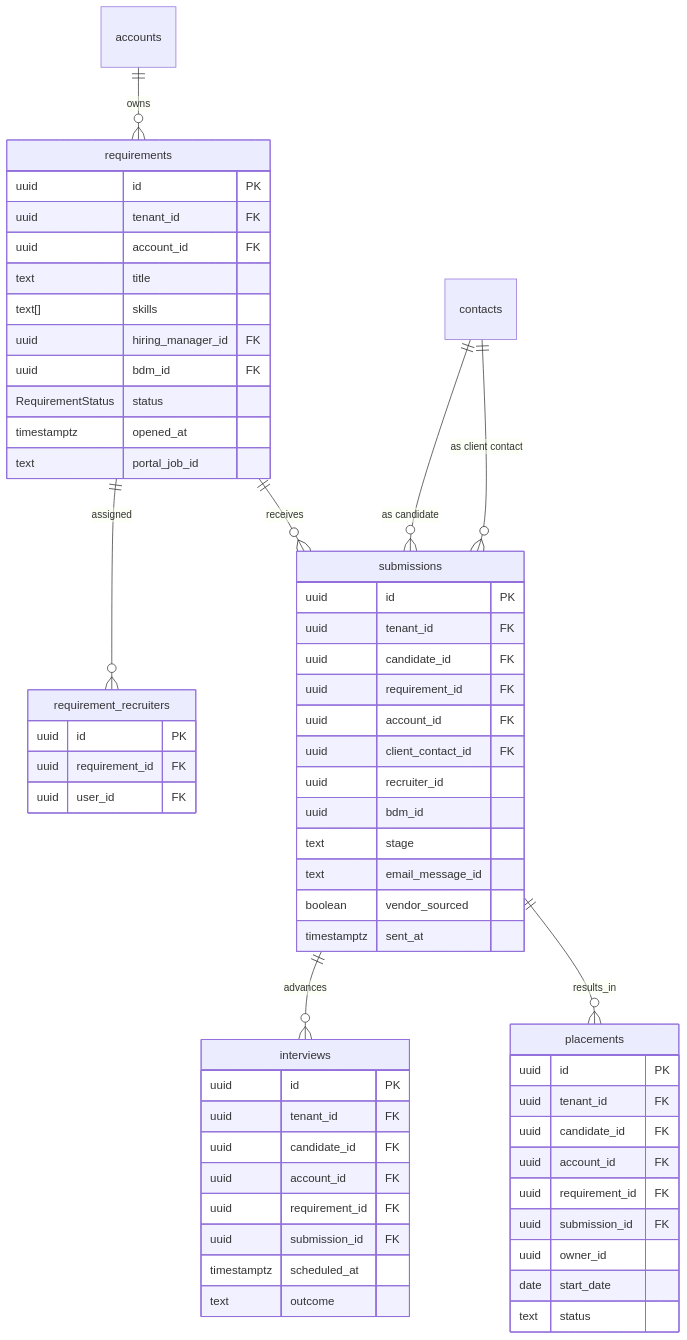
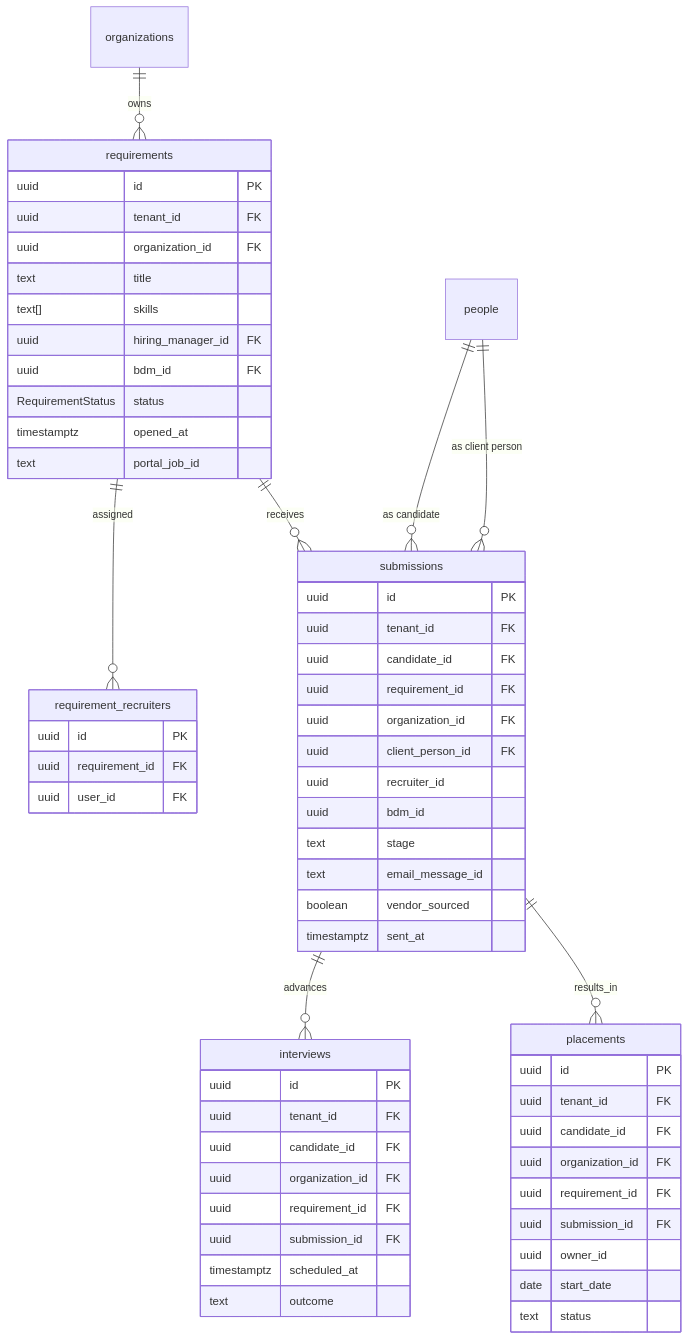
Before and after one commit to NityaSoftwareSolutionsInc/TalentBridge: the fourth of 6 diagrams in docs/schema-er-diagram.md, drawn with Mermaid. The commit also changed other lines of this file and 30 other files, not shown here.

````diff
--- a/docs/schema-er-diagram.md
+++ b/docs/schema-er-diagram.md
@@ -186,63 +197,63 @@
 ```mermaid
 erDiagram
   requirements {
     uuid id PK
     uuid tenant_id FK
-    uuid account_id FK
+    uuid organization_id FK
     text title
     text[] skills
     uuid hiring_manager_id FK
     uuid bdm_id FK
     RequirementStatus status
     timestamptz opened_at
     text portal_job_id
   }
   requirement_recruiters {
     uuid id PK
     uuid requirement_id FK
     uuid user_id FK
   }
   submissions {
     uuid id PK
     uuid tenant_id FK
     uuid candidate_id FK
     uuid requirement_id FK
-    uuid account_id FK
-    uuid client_contact_id FK
+    uuid organization_id FK
+    uuid client_person_id FK
     uuid recruiter_id
     uuid bdm_id
     text stage
     text email_message_id
     boolean vendor_sourced
     timestamptz sent_at
   }
   interviews {
     uuid id PK
     uuid tenant_id FK
     uuid candidate_id FK
-    uuid account_id FK
+    uuid organization_id FK
     uuid requirement_id FK
     uuid submission_id FK
     timestamptz scheduled_at
     text outcome
   }
   placements {
     uuid id PK
     uuid tenant_id FK
     uuid candidate_id FK
-    uuid account_id FK
+    uuid organization_id FK
     uuid requirement_id FK
     uuid submission_id FK
     uuid owner_id
     date start_date
     text status
   }
 
-  accounts ||--o{ requirements : owns
+  organizations ||--o{ requirements : owns
   requirements ||--o{ requirement_recruiters : assigned
   requirements ||--o{ submissions : receives
-  contacts ||--o{ submissions : "as candidate"
-  contacts ||--o{ submissions : "as client contact"
+  people ||--o{ submissions : "as candidate"
+  people ||--o{ submissions : "as client person"
   submissions ||--o{ interviews : advances
   submissions ||--o{ placements : results_in
 ```
````
